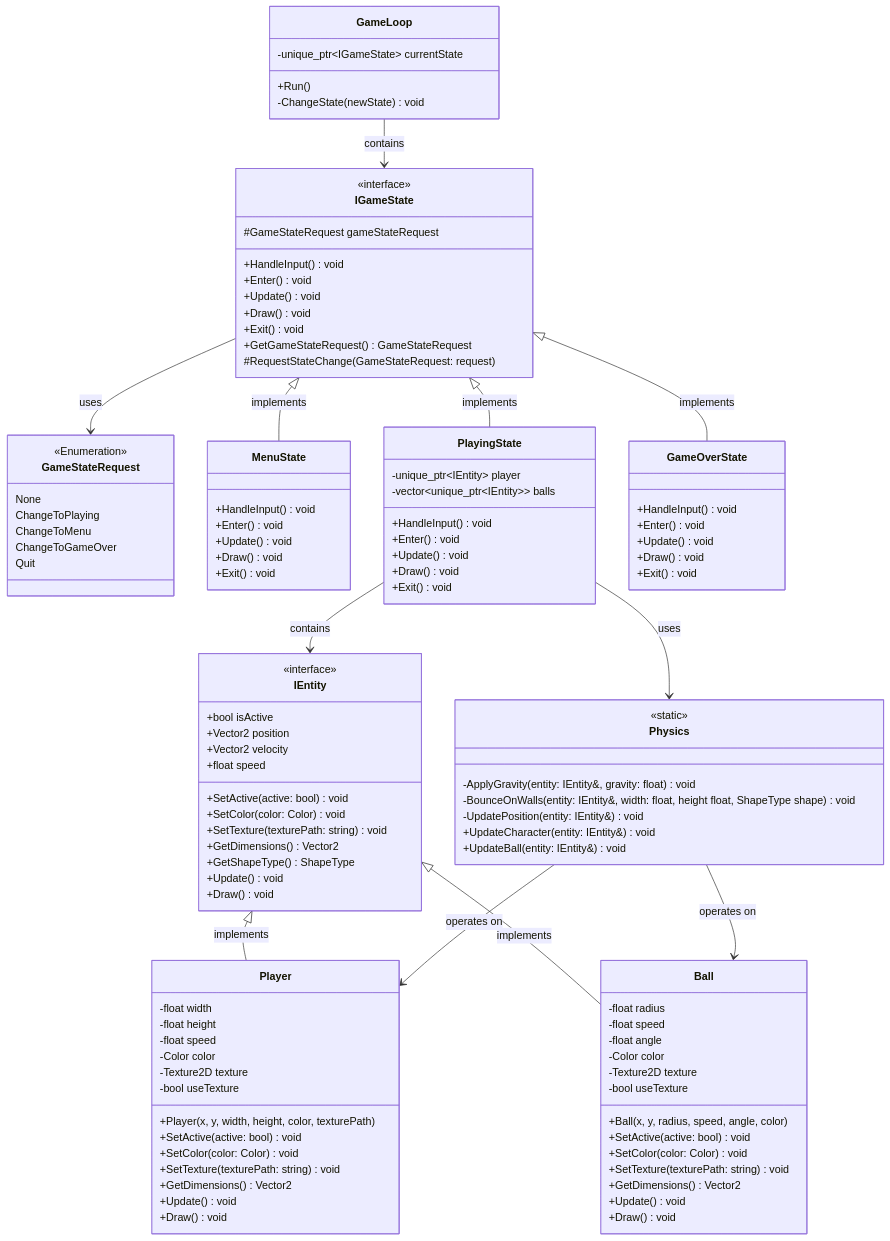
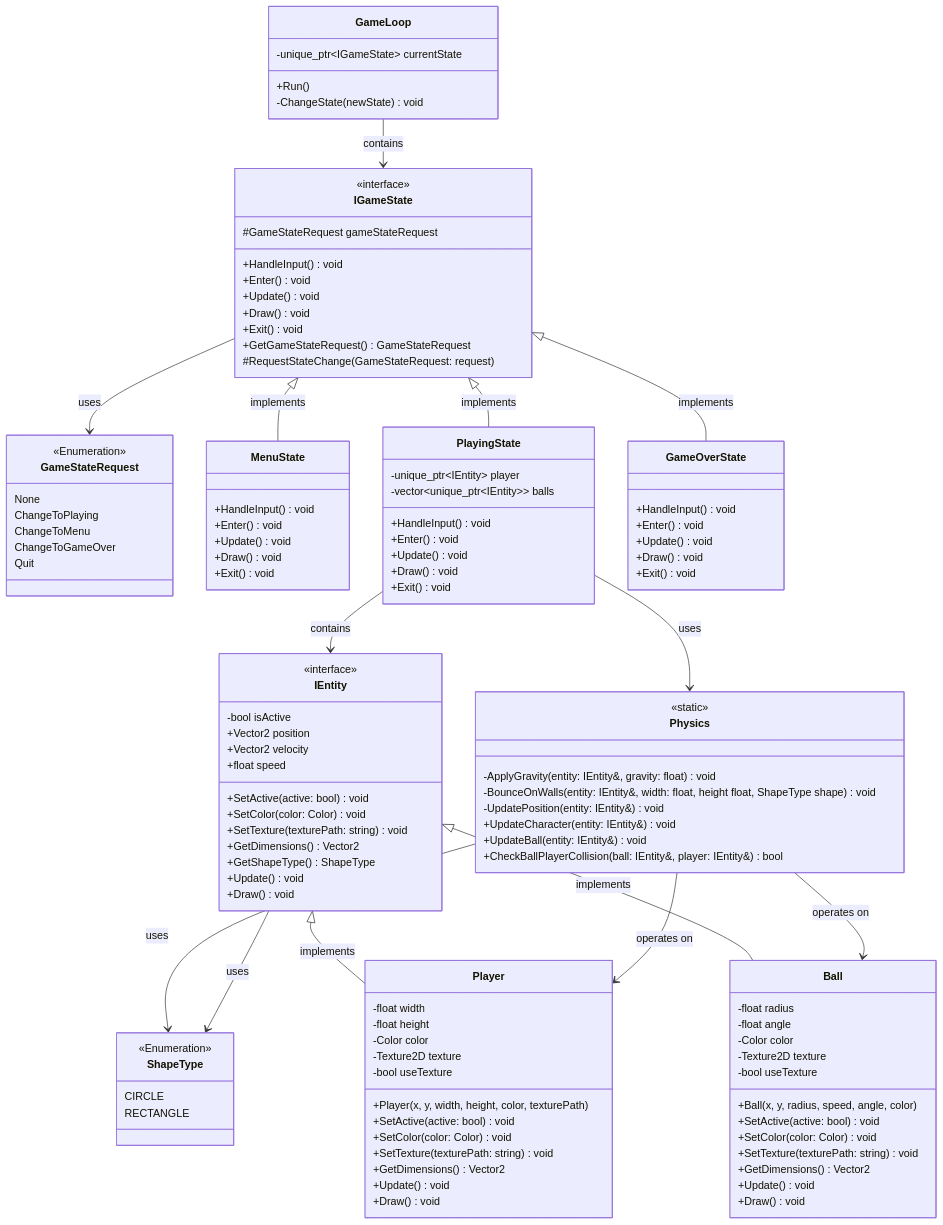
Before and after one commit to dciuca/cppang: the diagram in diagrams/classDiagram.md, drawn with Mermaid. The commit also changed 6 other files, not shown here.

Commit message:
[ISSUE #3] Collision player-ball (first working draft draft)

```diff
--- a/diagrams/classDiagram.md
+++ b/diagrams/classDiagram.md
@@ -13,6 +13,12 @@
         ChangeToMenu
         ChangeToGameOver
         Quit
+    }
+
+    class ShapeType {
+        <<Enumeration>>
+        CIRCLE
+        RECTANGLE
     }
 
     class IGameState {
@@ -55,7 +61,7 @@
 
     class IEntity {
         <<interface>>
-        +bool isActive
+        -bool isActive
         +Vector2 position
         +Vector2 velocity
         +float speed
@@ -71,7 +77,6 @@
     class Player {
         -float width
         -float height
-        -float speed
         -Color color
         -Texture2D texture
         -bool useTexture
@@ -86,7 +91,6 @@
 
     class Ball {
         -float radius
-        -float speed
         -float angle
         -Color color
         -Texture2D texture
@@ -107,6 +111,7 @@
         -UpdatePosition(entity: IEntity&) void
         +UpdateCharacter(entity: IEntity&) void
         +UpdateBall(entity: IEntity&) void
+        +CheckBallPlayerCollision(ball: IEntity&, player: IEntity&) bool
     }
 
     GameLoop --> IGameState : contains
@@ -114,6 +119,8 @@
     IGameState <|-- PlayingState : implements
     IGameState <|-- GameOverState : implements
     IGameState --> GameStateRequest: uses
+    Physics --> ShapeType: uses
+    IEntity --> ShapeType: uses
     
     PlayingState --> IEntity : contains
     IEntity <|-- Player : implements
```
